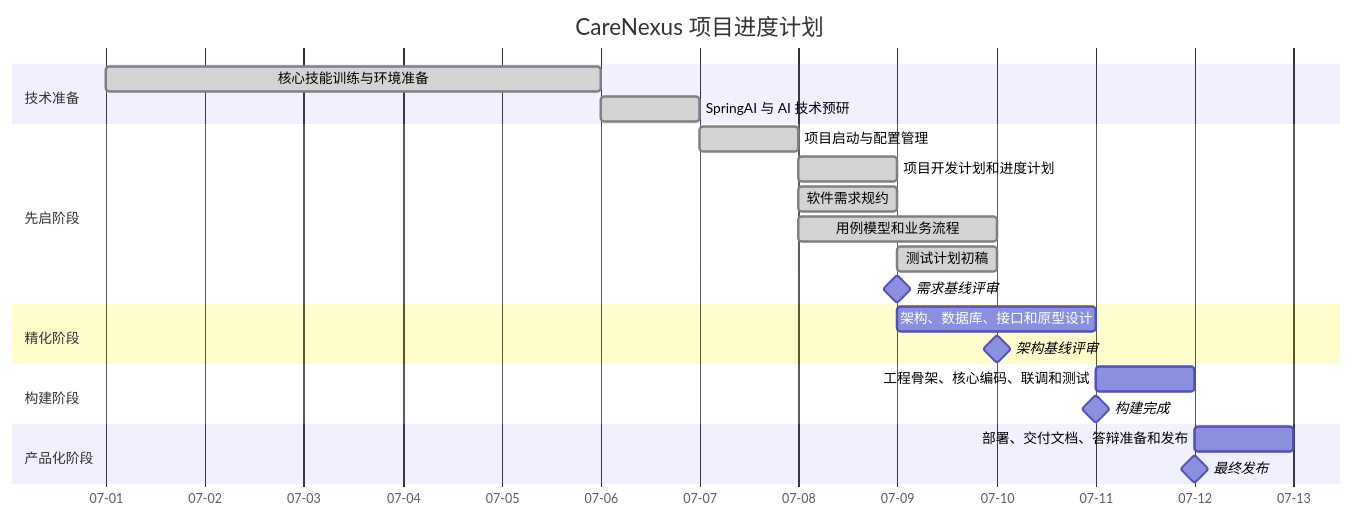
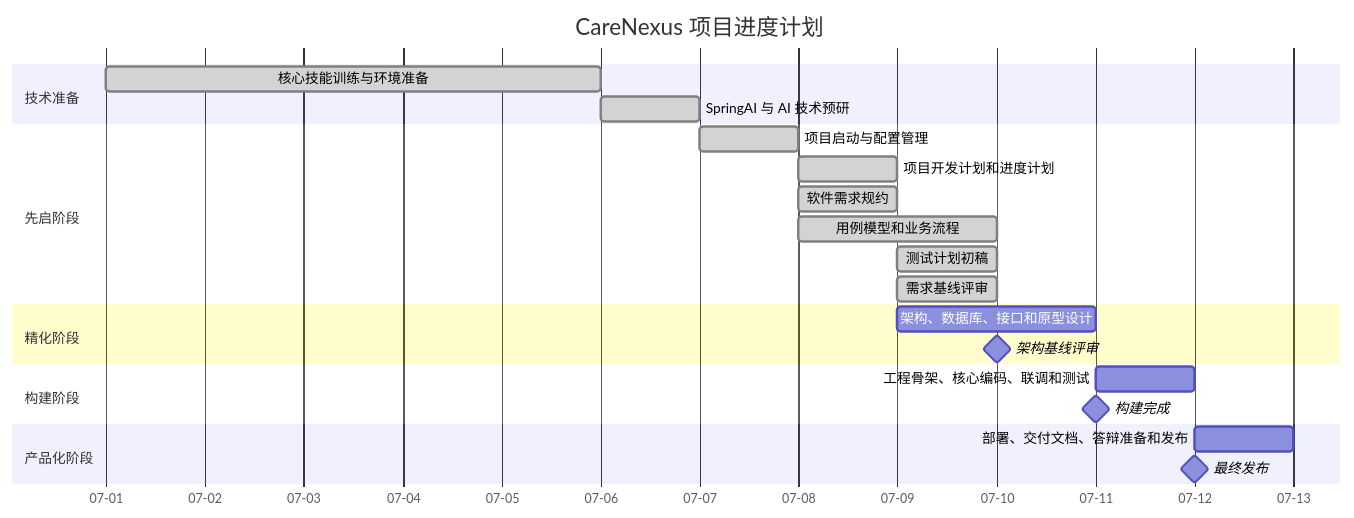
Before and after one commit to thesantaana/Care-Nexus: the diagram in docs/plans/项目进度计划.md, drawn with Mermaid. The commit also changed other lines of this file and 9 other files, not shown here.

````diff
--- a/docs/plans/项目进度计划.md
+++ b/docs/plans/项目进度计划.md
@@ -99,30 +99,30 @@
 ```mermaid
 gantt
     title CareNexus 项目进度计划
     dateFormat  YYYY-MM-DD
     axisFormat  %m-%d
 
     section 技术准备
     核心技能训练与环境准备 :done, prep1, 2026-07-01, 5d
     SpringAI 与 AI 技术预研 :done, prep2, 2026-07-06, 1d
 
     section 先启阶段
     项目启动与配置管理 :done, inc1, 2026-07-07, 1d
     项目开发计划和进度计划 :done, inc2, 2026-07-08, 1d
     软件需求规约 :done, inc3, 2026-07-08, 1d
     用例模型和业务流程 :done, inc4, 2026-07-08, 2d
     测试计划初稿 :done, inc5, 2026-07-09, 1d
-    需求基线评审 :milestone, m1, 2026-07-09, 0d
+    需求基线评审 :done, m1, 2026-07-09, 1d
 
     section 精化阶段
     架构、数据库、接口和原型设计 :ela1, 2026-07-09, 2d
     架构基线评审 :milestone, m2, 2026-07-10, 0d
 
     section 构建阶段
     工程骨架、核心编码、联调和测试 :con1, 2026-07-11, 1d
     构建完成 :milestone, m3, 2026-07-11, 0d
 
     section 产品化阶段
     部署、交付文档、答辩准备和发布 :tra1, 2026-07-12, 1d
     最终发布 :milestone, m4, 2026-07-12, 0d
 ```
````
